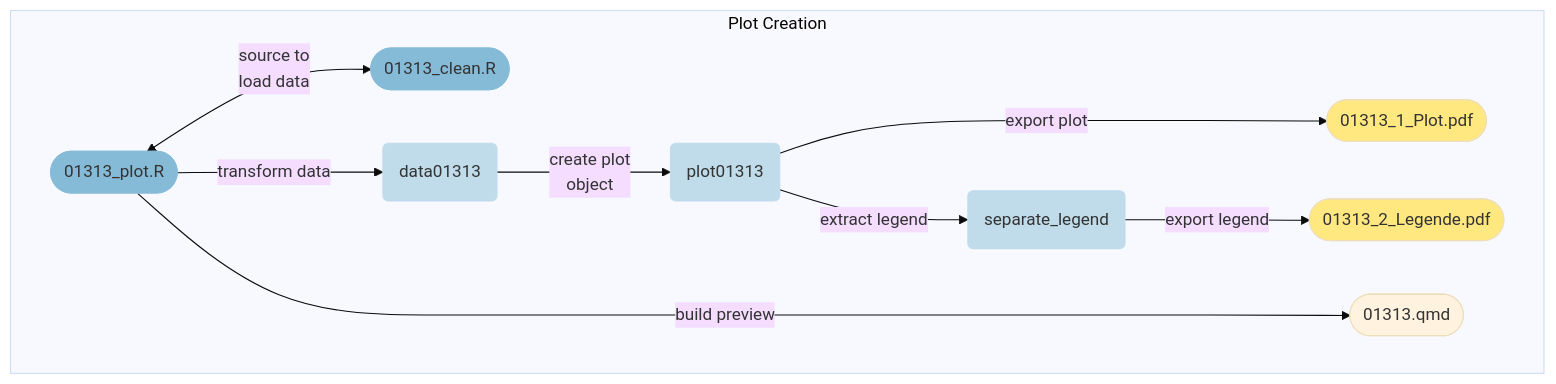
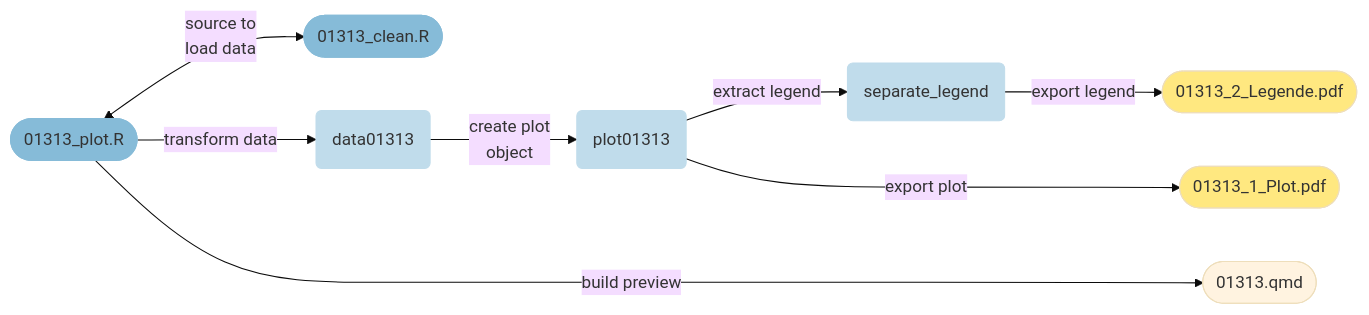
One commit to Stadt-Geschichte-Basel/sgb-figures changed the third of 4 diagrams in docs/workflow/index.qmd. Above: the diagram before and after it, drawn with Mermaid (base theme). The commit also changed other lines of this file, not shown here.

Commit message:
feat: remove subgraph elements from mermaid charts

````diff
--- a/docs/workflow/index.qmd
+++ b/docs/workflow/index.qmd
@@ -186,25 +182,22 @@
 ```{mermaid fig-plotting}
 %%| label: fig-plotting
 %%| fig-cap: The plot is built with the processed dataset, producing PDF files and preview documentation.
 
-flowchart
-
-    subgraph Plot Creation
+flowchart LR
         plot_script([01313_plot.R]) <--> |source to<br>load data| clean_script([01313_clean.R])
         plot_script --> |transform data| data01313(data01313)
         data01313 -->|create plot<br>object| plot01313(plot01313)
         plot01313 -->|extract legend| legend01313(separate_legend)
         plot01313 --->|export plot| export01313([01313_1_Plot.pdf])
         legend01313 -->|export legend| exportlegend([01313_2_Legende.pdf])
         plot_script ----->|build preview| infopage([01313.qmd])
-    end
 
 style clean_script fill:#86bbd8,stroke:#86bbd8
 style plot_script fill:#86bbd8,stroke:#86bbd8
 style data01313 fill:#c0dceb,stroke:#c0dceb
 style plot01313 fill:#c0dceb,stroke:#c0dceb
 style legend01313 fill:#c0dceb,stroke:#c0dceb
 style export01313 fill:#ffe880
 style exportlegend fill:#ffe880
 style infopage fill:#fff3e0
 ```
````
